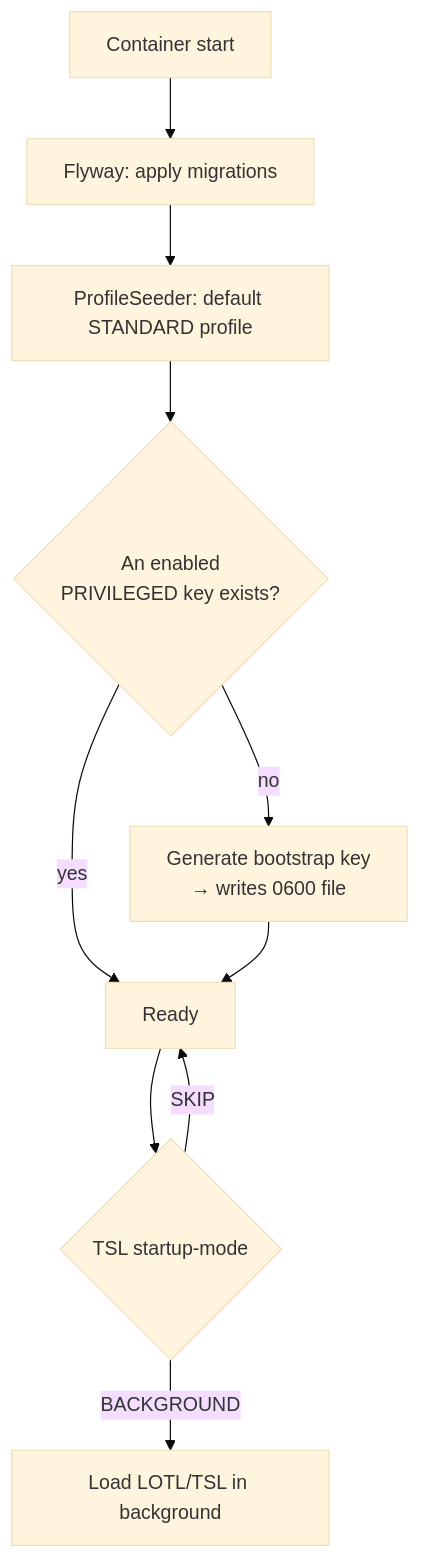
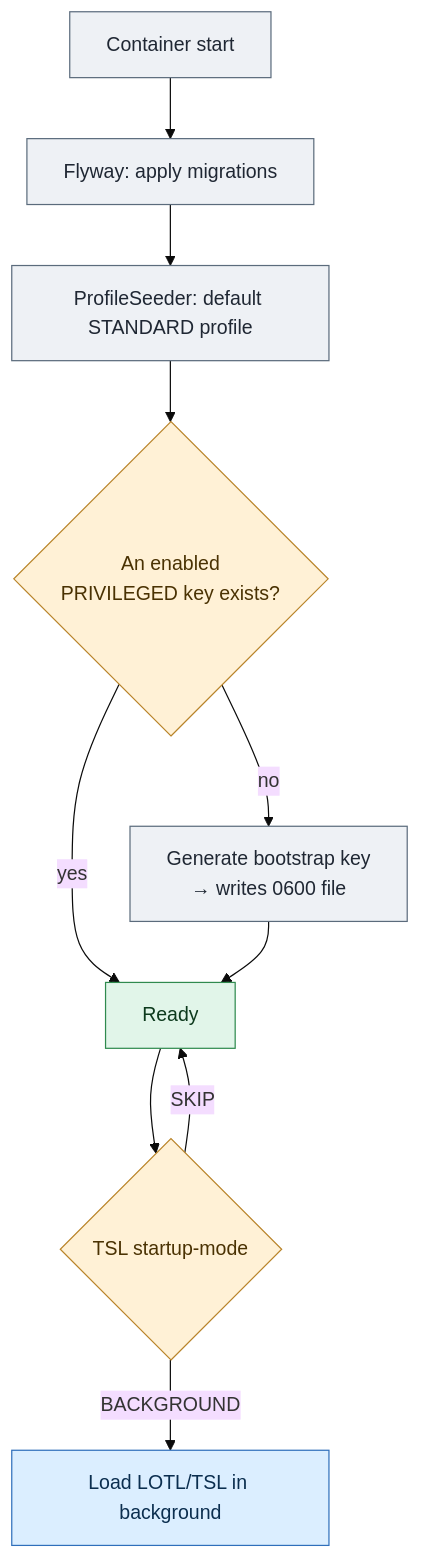
The third of 3 diagrams in docs/en/02-docker.md (toresoft/sign-verify), drawn with Mermaid (base theme) before and after one commit. The commit also changed other lines of this file and 23 other files, not shown here.

First line of the commit message:
docs: expand EN/IT guides with glossary and component-map diagram

````diff
--- a/docs/en/02-docker.md
+++ b/docs/en/02-docker.md
@@ -133,12 +139,21 @@
 ```mermaid
 flowchart TD
     S[Container start] --> F[Flyway: apply migrations]
     F --> P[ProfileSeeder: default STANDARD profile]
     P --> B{An enabled\nPRIVILEGED key exists?}
     B -- no --> G[Generate bootstrap key\n→ writes 0600 file]
     B -- yes --> R[Ready]
     G --> R
     R --> T{TSL startup-mode}
     T -- BACKGROUND --> TL[Load LOTL/TSL in background]
     T -- SKIP --> R
+
+    classDef step fill:#eef1f5,stroke:#5b6b7c,color:#1f2733
+    classDef decision fill:#fff1d6,stroke:#b9842a,color:#4a3203
+    classDef ready fill:#e1f5e9,stroke:#2f8a4e,color:#0d3a1d
+    classDef external fill:#dbeeff,stroke:#2f6fbb,color:#0b2e4f
+    class S,F,P,G step
+    class B,T decision
+    class R ready
+    class TL external
 ```
````
